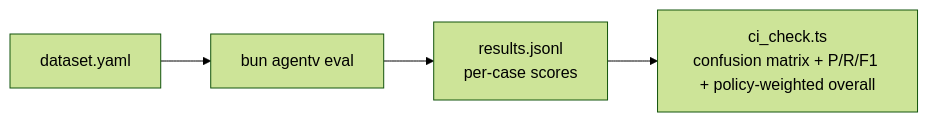
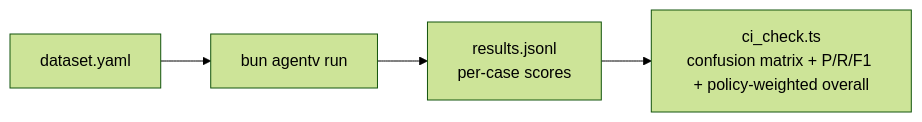
One commit to EntityProcess/agentv changed the first of 2 diagrams in examples/showcase/export-screening/README.md. Above: the diagram before and after it, drawn with Mermaid (forest theme). The commit also changed other lines of this file and 31 other files, not shown here.

````diff
--- a/examples/showcase/export-screening/README.md
+++ b/examples/showcase/export-screening/README.md
@@ -56,6 +56,6 @@
 ```mermaid
 flowchart LR
-    A[dataset.yaml] --> B[bun agentv eval]
+    A[dataset.yaml] --> B[bun agentv run]
     B --> C[results.jsonl<br/>per-case scores]
     C --> D[ci_check.ts<br/>confusion matrix + P/R/F1 + policy-weighted overall]
 ```
````
